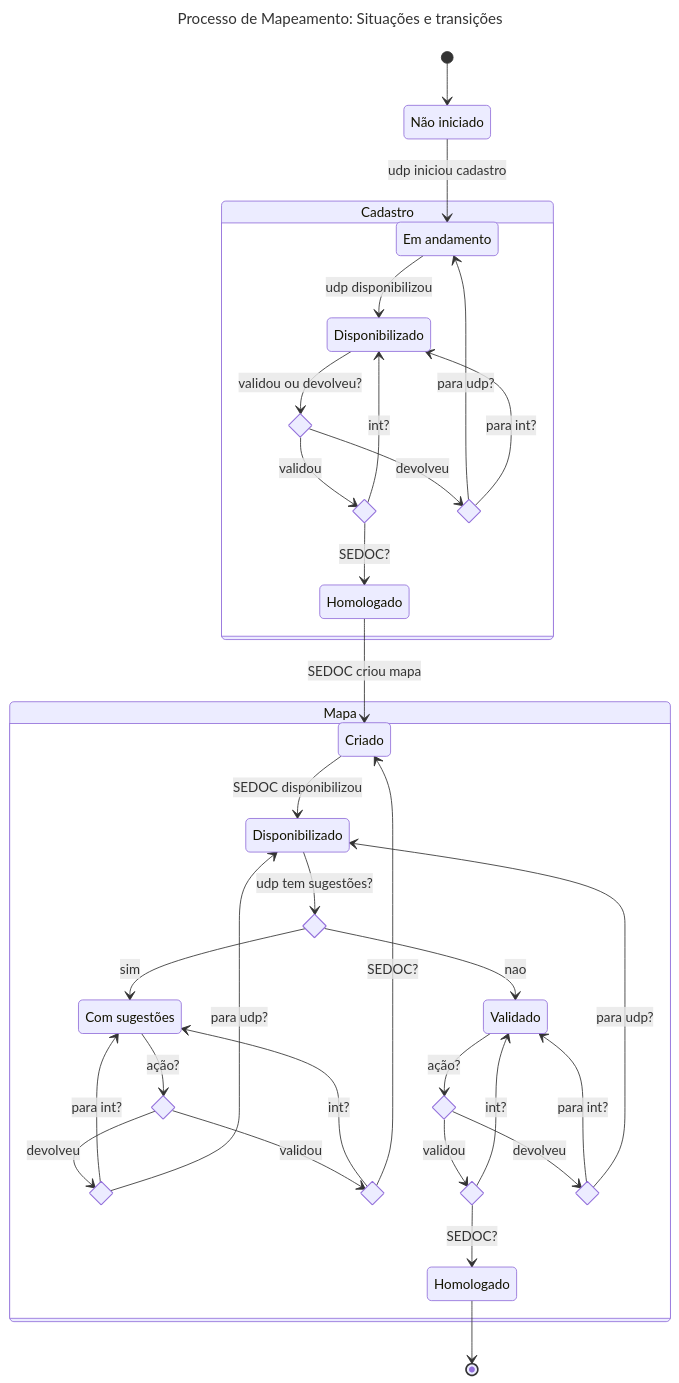
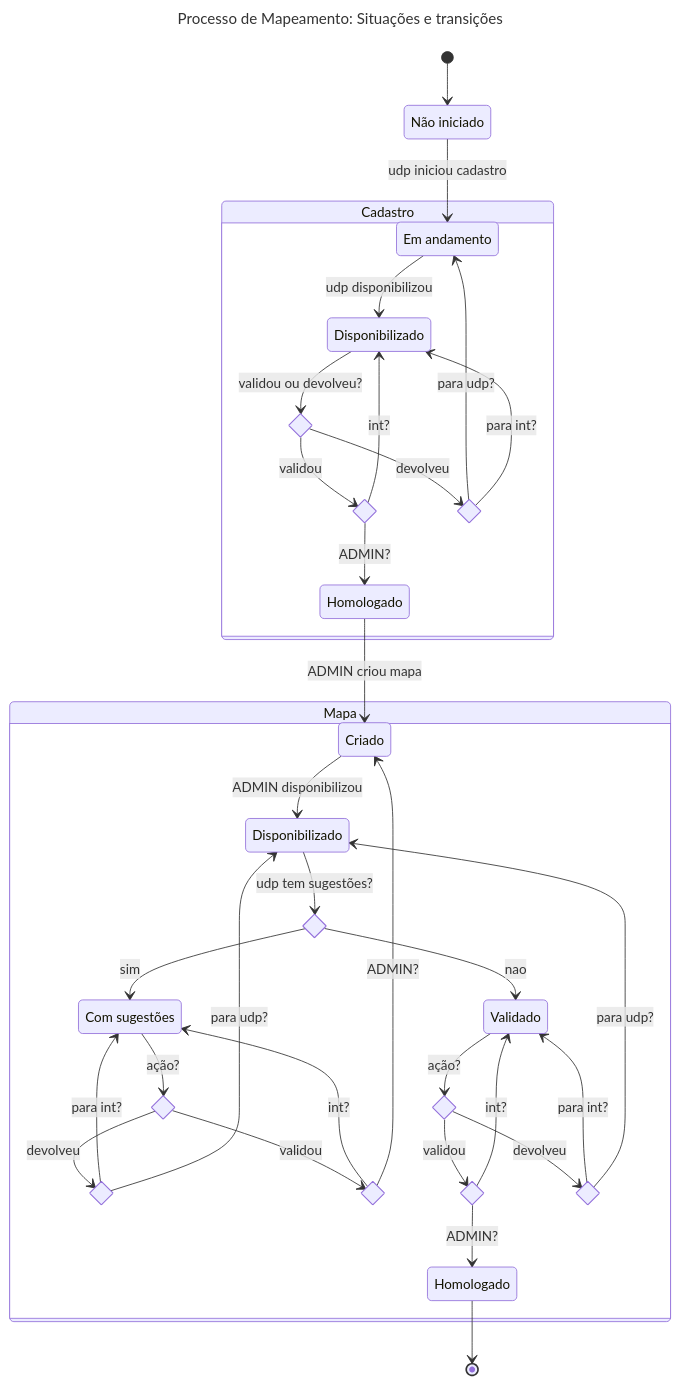
The first of 2 diagrams in etc/reqs/_intro.md (lgalvao/sgc), drawn with Mermaid before and after one commit. The commit also changed other lines of this file and 15 other files, not shown here.

````diff
--- a/etc/reqs/_intro.md
+++ b/etc/reqs/_intro.md
@@ -74,81 +77,81 @@
 ```mermaid
 ---
 title: "Processo de Mapeamento: Situações e transições"
 ---
 
 stateDiagram-v2
     NaoIniciado: Não iniciado
 
     [*] --> NaoIniciado
     NaoIniciado --> CadastroEmAndamento: udp iniciou cadastro
 
     state Cadastro {
         CadastroEmAndamento: Em andamento
         CadastroDisponibilizado: Disponibilizado
         CadastroHomologado: Homologado
 
         state DecisaoValidacao <<choice>>
         state DecisaoDevolucao <<choice>>
         state DecisaoAcao <<choice>>
 
         CadastroEmAndamento --> CadastroDisponibilizado: udp disponibilizou
 
         CadastroDisponibilizado --> DecisaoAcao: validou ou devolveu?
         DecisaoAcao --> DecisaoDevolucao: devolveu
         DecisaoAcao --> DecisaoValidacao: validou
 
         DecisaoDevolucao --> CadastroEmAndamento: para udp?
         DecisaoDevolucao --> CadastroDisponibilizado: para int?
 
-        DecisaoValidacao --> CadastroHomologado: SEDOC?
+        DecisaoValidacao --> CadastroHomologado: ADMIN?
         DecisaoValidacao --> CadastroDisponibilizado: int?
 
-        CadastroHomologado --> MapaCriado: SEDOC criou mapa
+        CadastroHomologado --> MapaCriado: ADMIN criou mapa
     }
 
     state Mapa {
         MapaCriado: Criado
         MapaDisponibilizado: Disponibilizado
         MapaValidado: Validado
         MapaComSugestoes: Com sugestões
         MapaHomologado: Homologado
 
         state DecisaoSugestoes <<choice>>
 
         state DecisaoDevolveSugestoes <<choice>>
         state DecisaoValidaSugestoes <<choice>>
 
         state DecisaoValidaMapa <<choice>>
         state DecisaoDevolveValidacaoMapa <<choice>>
 
         state DecisaoAcaoMapaSugestoes <<choice>>
         state DecisaoAcaoMapaValidado <<choice>>
 
-        MapaCriado --> MapaDisponibilizado: SEDOC disponibilizou
+        MapaCriado --> MapaDisponibilizado: ADMIN disponibilizou
 
         MapaDisponibilizado --> DecisaoSugestoes: udp tem sugestões?
         DecisaoSugestoes --> MapaComSugestoes: sim
         DecisaoSugestoes --> MapaValidado: nao
 
         DecisaoDevolveSugestoes --> MapaComSugestoes: para int?
         DecisaoDevolveSugestoes --> MapaDisponibilizado: para udp?
 
         MapaComSugestoes --> DecisaoAcaoMapaSugestoes: ação?
         DecisaoAcaoMapaSugestoes --> DecisaoValidaSugestoes: validou
         DecisaoAcaoMapaSugestoes --> DecisaoDevolveSugestoes: devolveu
 
         DecisaoValidaSugestoes --> MapaComSugestoes: int?
-        DecisaoValidaSugestoes --> MapaCriado: SEDOC?
+        DecisaoValidaSugestoes --> MapaCriado: ADMIN?
 
         DecisaoDevolveValidacaoMapa --> MapaValidado: para int?
         DecisaoDevolveValidacaoMapa --> MapaDisponibilizado: para udp?
 
         MapaValidado --> DecisaoAcaoMapaValidado: ação?
         DecisaoAcaoMapaValidado --> DecisaoValidaMapa: validou
         DecisaoAcaoMapaValidado --> DecisaoDevolveValidacaoMapa: devolveu
 
-        DecisaoValidaMapa --> MapaHomologado: SEDOC?
+        DecisaoValidaMapa --> MapaHomologado: ADMIN?
         DecisaoValidaMapa --> MapaValidado: int?
     }
     MapaHomologado --> [*]
 ```
````
